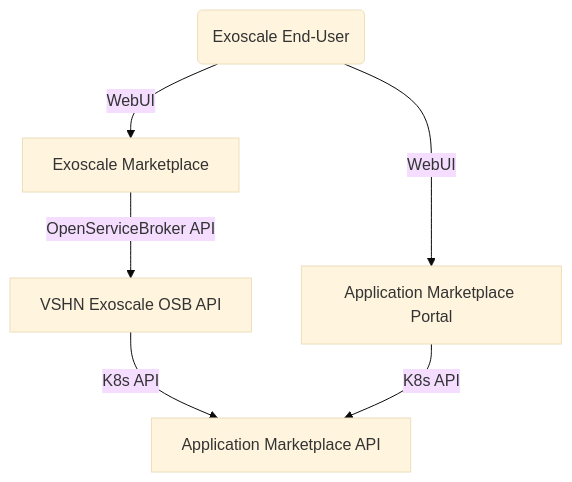
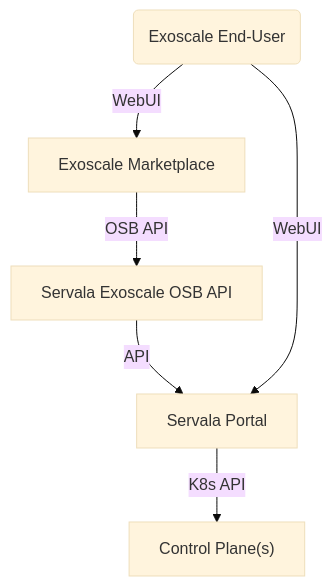
One commit to vshn/application-catalog-docs changed the first of 4 diagrams in docs/modules/ROOT/pages/csp/exoscale/osbapiv2.adoc. Above: the diagram before and after it, drawn with Mermaid (base theme). The commit also changed other lines of this file, not shown here.

Commit message:
wip rework exoscale OSB API

```diff
--- a/docs/modules/ROOT/pages/csp/exoscale/osbapiv2.adoc
+++ b/docs/modules/ROOT/pages/csp/exoscale/osbapiv2.adoc
@@ -35,13 +35,13 @@
 [mermaid,arch,png]
 ....
 flowchart TB
     exo["Exoscale Marketplace"]
     eu("Exoscale End-User")
-    vshn["VSHN Exoscale OSB API"]
-    vshnccpapi["Application Marketplace API"]
-    vshnccpui["Application Marketplace Portal"]
+    vshn["Servala Exoscale OSB API"]
+    vshnccpapi["Control Plane(s)"]
+    vshnccpui["Servala Portal"]
 
-    exo-- OpenServiceBroker API -->vshn-- K8s API --> vshnccpapi
+    exo-- OSB API -->vshn-- API --> vshnccpui
     eu-- WebUI -->exo
     eu-- WebUI -->vshnccpui-- K8s API --> vshnccpapi
 ....
```
